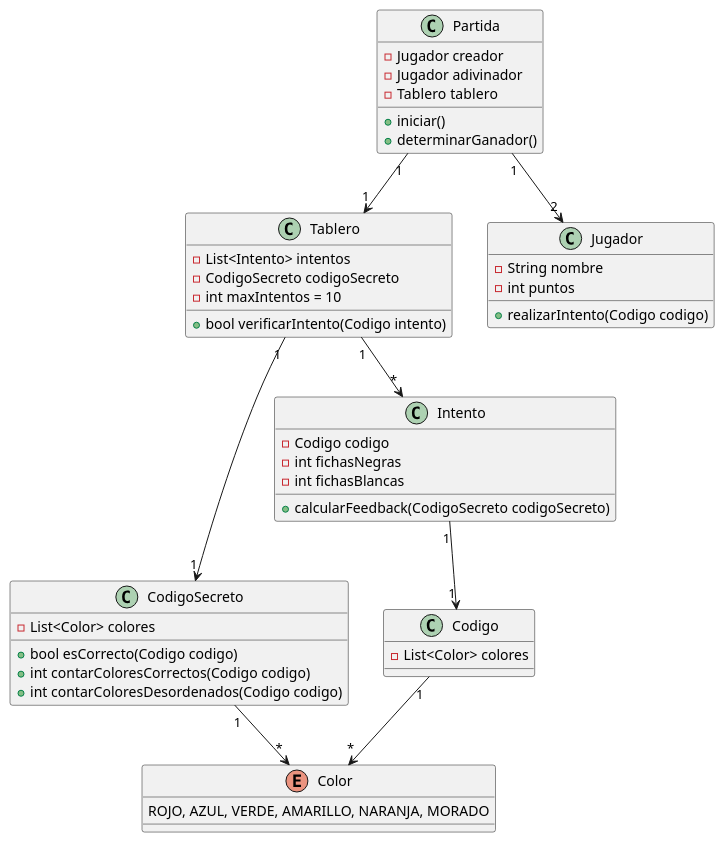
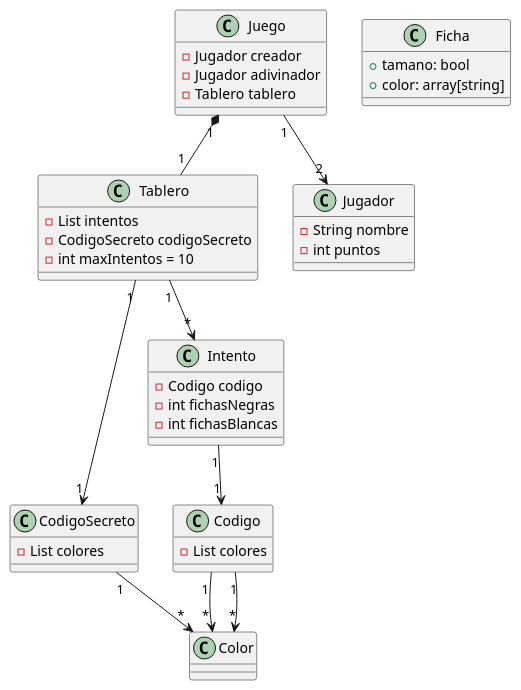
Before and after one commit to EduardC421/Paractausgsg: the diagram in README.md, drawn with PlantUML.

Commit message:
Update README.md
gfetgdse

```diff
--- a/README.md
+++ b/README.md
@@ -1,52 +1,51 @@
-@startuml
-class Tablero {
-    - List<Intento> intentos
-    - CodigoSecreto codigoSecreto
-    - int maxIntentos = 10
-    + bool verificarIntento(Codigo intento)
+@startuml 
+class Tablero { 
+- List intentos 
+- CodigoSecreto codigoSecreto 
+- int maxIntentos = 10 
 }
 
-class CodigoSecreto {
-    - List<Color> colores
-    + bool esCorrecto(Codigo codigo)
-    + int contarColoresCorrectos(Codigo codigo)
-    + int contarColoresDesordenados(Codigo codigo)
+class CodigoSecreto { 
+- List colores 
+ }
+
+class Intento { 
+- Codigo codigo 
+- int fichasNegras 
+- int fichasBlancas 
+
 }
 
-class Intento {
-    - Codigo codigo
-    - int fichasNegras
-    - int fichasBlancas
-    + calcularFeedback(CodigoSecreto codigoSecreto)
+class Codigo { 
+- List colores
+ }
+
+class Color {
 }
 
-class Codigo {
-    - List<Color> colores
+class Jugador { 
+- String nombre 
+- int puntos 
 }
 
-enum Color {
-    ROJO, AZUL, VERDE, AMARILLO, NARANJA, MORADO
+class Juego { 
+- Jugador creador 
+- Jugador adivinador 
+- Tablero tablero 
 }
 
-class Jugador {
-    - String nombre
-    - int puntos
-    + realizarIntento(Codigo codigo)
+Class Ficha{
+    +tamano: bool
+    +color: array[string]
+
 }
 
-class Partida {
-    - Jugador creador
-    - Jugador adivinador
-    - Tablero tablero
-    + iniciar()
-    + determinarGanador()
-}
-
-Partida "1" --> "1" Tablero
-Tablero "1" --> "1" CodigoSecreto
-Tablero "1" --> "*" Intento
-Intento "1" --> "1" Codigo
-CodigoSecreto "1" --> "*" Color
-Codigo "1" --> "*" Color
-Partida "1" --> "2" Jugador
+Juego "1" *-- "1" Tablero 
+Tablero "1" --> "1" CodigoSecreto 
+Tablero "1" --> "*" Intento 
+Intento "1" --> "1" Codigo 
+CodigoSecreto "1" --> "*" Color 
+Codigo "1" --> "*" Color 
+Juego "1" --> "2" Jugador 
+Codigo "1" --> "*" Color 
 @enduml
```
